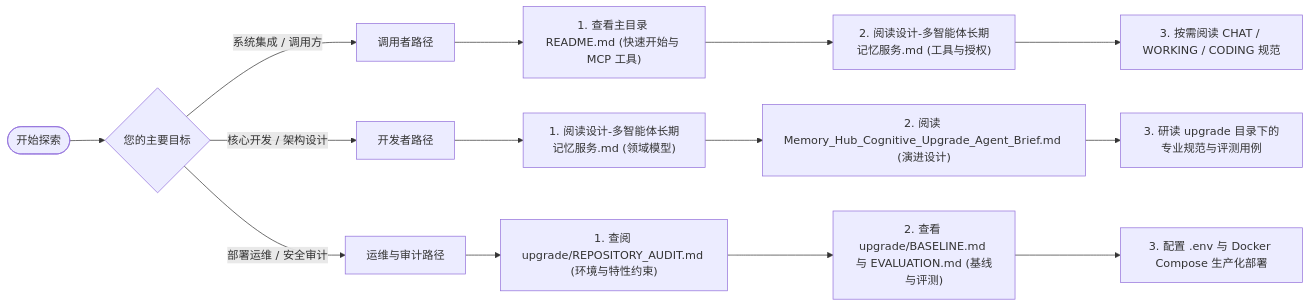
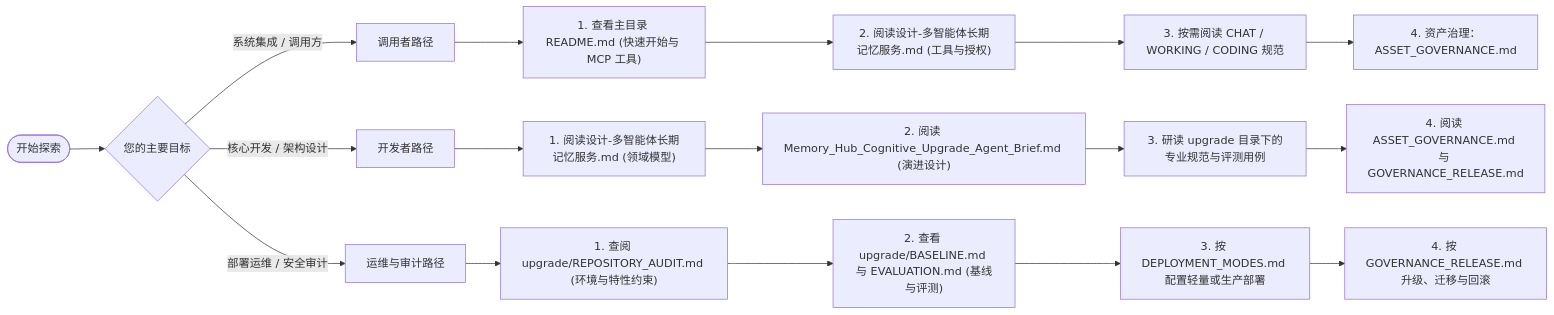
One commit to orderye/memory-hub changed the second of 2 diagrams in docs/README.md. Above: the diagram before and after it, drawn with Mermaid. The commit also changed other lines of this file and 11 other files, not shown here.

````diff
--- a/docs/README.md
+++ b/docs/README.md
@@ -144,20 +172,23 @@
 ```mermaid
 graph LR
     Start([开始探索]) --> Path1{您的主要目标}
     
     Path1 -->|系统集成 / 调用方| UserPath[调用者路径]
     Path1 -->|核心开发 / 架构设计| DevPath[开发者路径]
     Path1 -->|部署运维 / 安全审计| OpsPath[运维与审计路径]
     
     UserPath --> U1["1. 查看主目录 README.md (快速开始与 MCP 工具)"]
     U1 --> U2["2. 阅读设计-多智能体长期记忆服务.md (工具与授权)"]
     U2 --> U3["3. 按需阅读 CHAT / WORKING / CODING 规范"]
+    U3 --> U4["4. 资产治理：ASSET_GOVERNANCE.md"]
 
     DevPath --> D1["1. 阅读设计-多智能体长期记忆服务.md (领域模型)"]
     D1 --> D2["2. 阅读 Memory_Hub_Cognitive_Upgrade_Agent_Brief.md (演进设计)"]
     D2 --> D3["3. 研读 upgrade 目录下的专业规范与评测用例"]
+    D3 --> D4["4. 阅读 ASSET_GOVERNANCE.md 与 GOVERNANCE_RELEASE.md"]
     
     OpsPath --> O1["1. 查阅 upgrade/REPOSITORY_AUDIT.md (环境与特性约束)"]
     O1 --> O2["2. 查看 upgrade/BASELINE.md 与 EVALUATION.md (基线与评测)"]
-    O2 --> O3["3. 配置 .env 与 Docker Compose 生产化部署"]
+    O2 --> O3["3. 按 DEPLOYMENT_MODES.md 配置轻量或生产部署"]
+    O3 --> O4["4. 按 GOVERNANCE_RELEASE.md 升级、迁移与回滚"]
 ```
````
